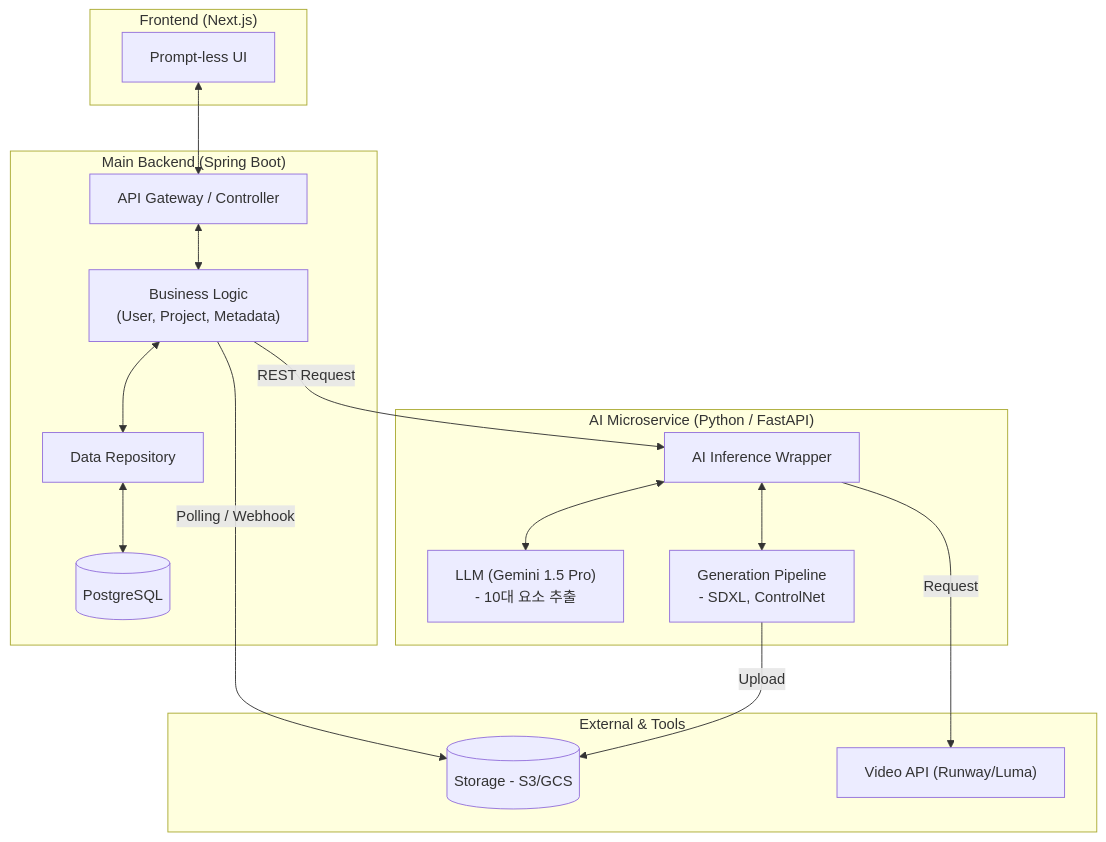
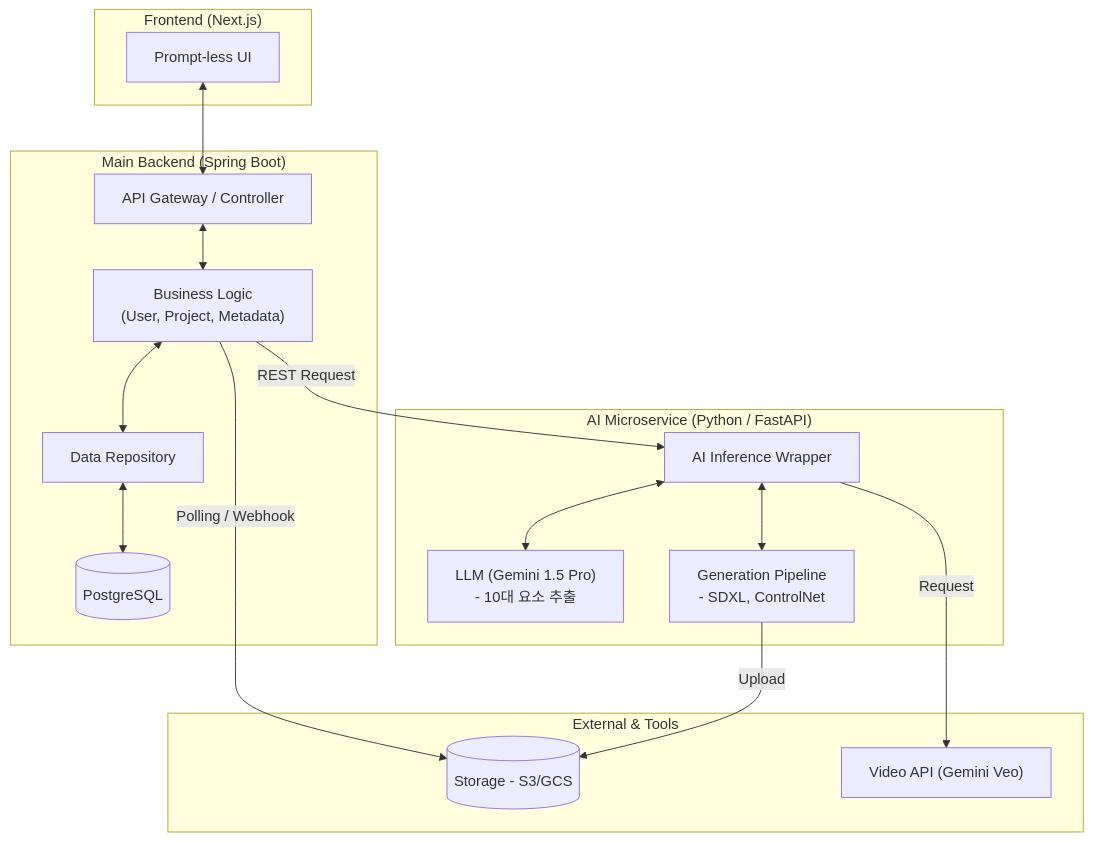
Before and after one commit to kimhyunji24/aivideo: the diagram in setting/system_architecture.md, drawn with Mermaid. The commit also changed other lines of this file and 12 other files, not shown here.

Commit message:
Remove mode toggle and use single flow

````diff
--- a/setting/system_architecture.md
+++ b/setting/system_architecture.md
@@ -7,37 +7,37 @@
 ```mermaid
 graph TD
     subgraph "Frontend (Next.js)"
         UI["Prompt-less UI"]
     end
 
     subgraph "Main Backend (Spring Boot)"
         Gateway["API Gateway / Controller"]
         Logic["Business Logic<br/>(User, Project, Metadata)"]
         Repo["Data Repository"]
         DB[(PostgreSQL)]
     end
 
     subgraph "AI Microservice (Python / FastAPI)"
         AIServer["AI Inference Wrapper"]
         LLM["LLM (Gemini 1.5 Pro)<br/>- 10대 요소 추출"]
         GenPipe["Generation Pipeline<br/>- SDXL, ControlNet"]
     end
 
     subgraph "External & Tools"
         S3[(Storage - S3/GCS)]
-        VidAPI["Video API (Runway/Luma)"]
+        VidAPI["Video API (Gemini Veo)"]
     end
 
     UI <--> Gateway
     Gateway <--> Logic
     Logic <--> Repo
     Repo <--> DB
     
     Logic -- "REST Request" --> AIServer
     AIServer <--> LLM
     AIServer <--> GenPipe
     GenPipe -- "Upload" --> S3
     AIServer -- "Request" --> VidAPI
     
     Logic -- "Polling / Webhook" --> S3
 ```
````
